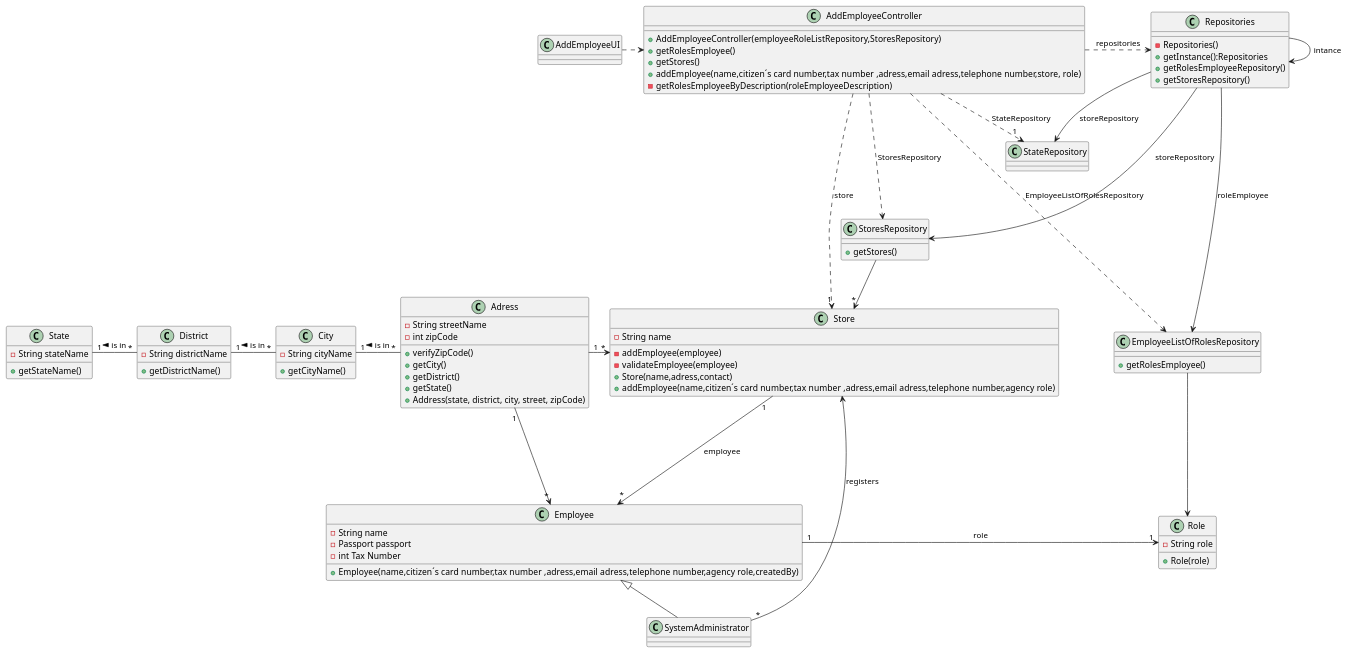
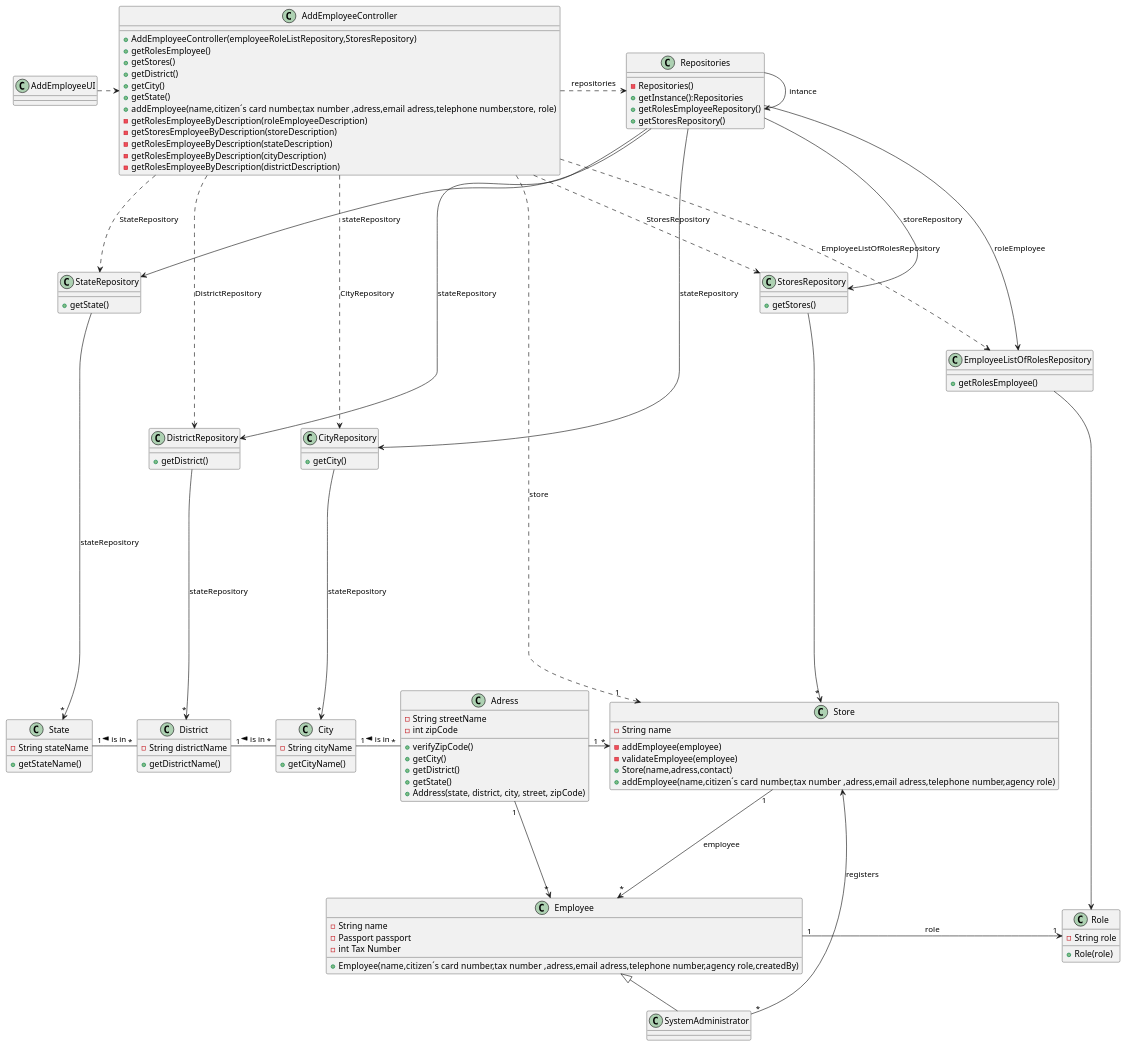
One commit to PureNimble/ISEP-LAPR2 changed the diagram in docs/sprintB/US03/03.design/puml/us01-class-diagram.puml. Above: the diagram before and after it, drawn with PlantUML.

Commit message:
US03-Updating the CD puml

```diff
--- a/docs/sprintB/US03/03.design/puml/us01-class-diagram.puml
+++ b/docs/sprintB/US03/03.design/puml/us01-class-diagram.puml
@@ -1,157 +1,197 @@
 @startuml
 'https://plantuml.com/class-diagram
 
 class AddEmployeeUI
 
 class Adress
 
 class AddEmployeeController
 
 class Repositories
 
 class Employee
 
 class Store
 
 class Role
 
 class SystemAdministrator
 
 class StoresRepository
 
 class EmployeeListOfRolesRepository
 
 class State
 
 class City
 
 class District
 
 class StateRepository
+
+class DistrictRepository
+
+class CityRepository
+
+class StateRepository{
++getState()
+}
+
+class DistrictRepository{
++getDistrict()
+}
+
+
+class CityRepository{
++getCity()
+}
 
 class State{
  - String stateName
 
     +getStateName()
 }
 
 class District{
 - String districtName
 
     +getDistrictName()
 }
 
 class City{
 - String cityName
 
     +getCityName()
 }
 
 class Adress{
  -String streetName
     -int zipCode
 
     +verifyZipCode()
     +getCity()
     +getDistrict()
     +getState()
     +Address(state, district, city, street, zipCode)
 }
 
 class Role{
 -String role
 +Role(role)
 }
 
 class SystemAdministrator{
 }
 
 class Employee{
 -String name
 -Passport passport
 -int Tax Number
 +Employee(name,citizen´s card number,tax number ,adress,email adress,telephone number,agency  role,createdBy)
 }
 
 class StoresRepository{
 +getStores()
 
 }
 
 class EmployeeListOfRolesRepository{
 +getRolesEmployee()
 
 }
 
 class AddEmployeeUI{
 }
 
 class AddEmployeeController{
 +AddEmployeeController(employeeRoleListRepository,StoresRepository)
 +getRolesEmployee()
 +getStores()
++getDistrict()
++getCity()
++getState()
 +addEmployee(name,citizen´s card number,tax number ,adress,email adress,telephone number,store, role)
 -getRolesEmployeeByDescription(roleEmployeeDescription)
+-getStoresEmployeeByDescription(storeDescription)
+-getRolesEmployeeByDescription(stateDescription)
+-getRolesEmployeeByDescription(cityDescription)
+-getRolesEmployeeByDescription(districtDescription)
 }
 
 class Repositories{
 -Repositories()
 +getInstance():Repositories
 +getRolesEmployeeRepository()
 +getStoresRepository()
 }
 
 class Store{
 -String name
 -addEmployee(employee)
 -validateEmployee(employee)
 +Store(name,adress,contact)
 +addEmployee(name,citizen´s card number,tax number ,adress,email adress,telephone number,agency  role)
 }
 
 
 AddEmployeeUI .> AddEmployeeController
 
 AddEmployeeController ..> "1" Store : store
 
 AddEmployeeController ...> EmployeeListOfRolesRepository :EmployeeListOfRolesRepository
 
 AddEmployeeController ..> StoresRepository : StoresRepository
+
+AddEmployeeController ...> StateRepository : StateRepository
+
+AddEmployeeController ...> CityRepository : CityRepository
+
+AddEmployeeController ...> DistrictRepository : DistrictRepository
 
 Store "1" ---> "*" Employee : employee
 
 Repositories -> Repositories:intance
 
 Repositories ---> StoresRepository: storeRepository
 
 Repositories ----> EmployeeListOfRolesRepository:roleEmployee
 
 AddEmployeeController .>  Repositories : repositories
 
 StoresRepository --> "*" Store
 
 Employee <|-- SystemAdministrator
 
 Store <- "*" SystemAdministrator : registers
 
 EmployeeListOfRolesRepository ---> Role
 
 Employee "1" -> "1" Role : role
 
 Adress "1" -> "*"  Store
 
 Adress "1" --> "*" Employee
 
 Adress "*" -left- "1" City:is in >
 
 City "*" -left- "1" District : is in >
 
 District "*" -left- "1" State : is in >
 
-AddEmployeeController ..> "1" StateRepository : StateRepository
 
-Repositories -> StateRepository: storeRepository
+
+Repositories -> StateRepository: stateRepository
+
+Repositories -----> CityRepository : stateRepository
+
+Repositories -----> DistrictRepository: stateRepository
+
+StateRepository --------> "*" State : stateRepository
+
+DistrictRepository ------> "*" District : stateRepository
+
+CityRepository ------> "*" City : stateRepository
 
 StateRepository -left[hidden].> StateRepository
 
 @enduml
```
